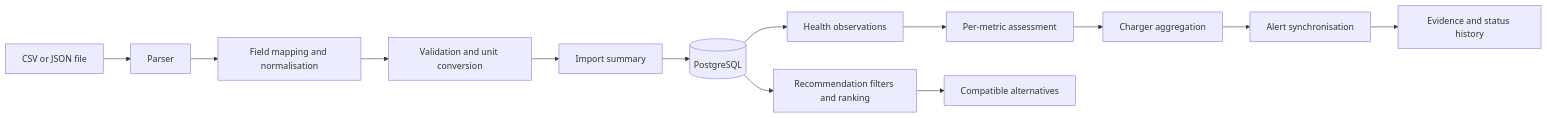
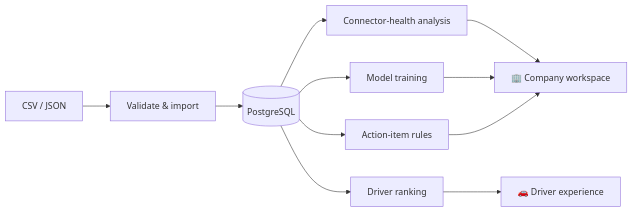
The diagram in README.md (dragunxwho13/EVOLT), drawn with Mermaid before and after one commit. The commit also changed other lines of this file and 135 other files, not shown here.

````diff
--- a/README.md
+++ b/README.md
@@ -129,15 +228,11 @@
 ```mermaid
 flowchart LR
-    F[CSV or JSON file] --> P[Parser]
-    P --> N[Field mapping and normalisation]
-    N --> V[Validation and unit conversion]
-    V --> I[Import summary]
-    I --> D[(PostgreSQL)]
-    D --> O[Health observations]
-    O --> A[Per-metric assessment]
-    A --> C[Charger aggregation]
-    C --> AS[Alert synchronisation]
-    AS --> E[Evidence and status history]
-    D --> R[Recommendation filters and ranking]
-    R --> X[Compatible alternatives]
+    A[CSV / JSON] --> B[Validate & import]
+    B --> C[(PostgreSQL)]
+    C --> D[Connector-health analysis]
+    C --> E[Model training]
+    C --> F[Action-item rules]
+    C --> G[Driver ranking]
+    D & E & F --> H[🏢 Company workspace]
+    G --> I[🚗 Driver experience]
 ```
````
